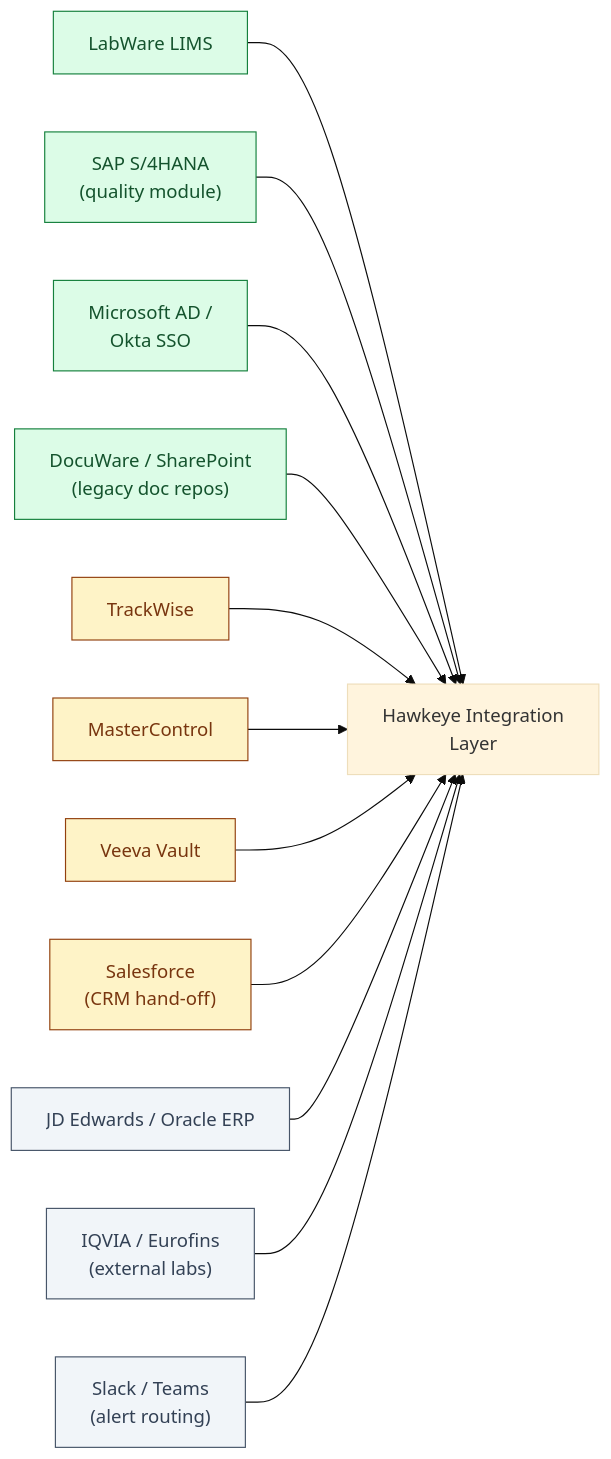
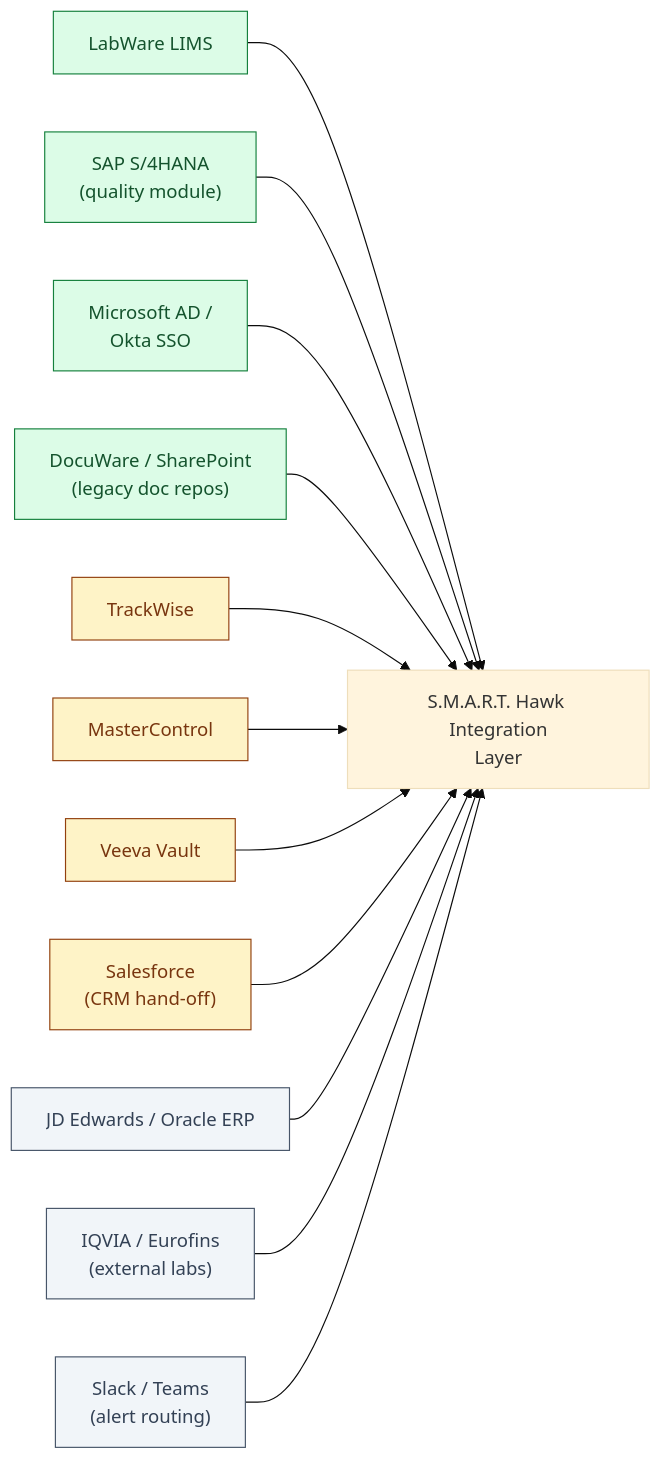
One commit to hawkeyetransact-dotcom/doc_v2 changed the second of 3 diagrams in 01-strategy/partnerships/PARTNERSHIPS.md. Above: the diagram before and after it, drawn with Mermaid (base theme). The commit also changed other lines of this file and 105 other files, not shown here.

First line of the commit message:
Rebrand docs: Hawkeye -> S.M.A.R.T. Hawk; S.M.A.R.T. five-pillar pipeline

````diff
--- a/01-strategy/partnerships/PARTNERSHIPS.md
+++ b/01-strategy/partnerships/PARTNERSHIPS.md
@@ -75,34 +75,34 @@
 ```mermaid
 flowchart LR
     classDef must fill:#dcfce7,stroke:#15803d,color:#14532d
     classDef should fill:#fef3c7,stroke:#92400e,color:#78350f
     classDef later fill:#f1f5f9,stroke:#475569,color:#334155
 
-    H["Hawkeye Integration<br/>Layer"]
+    H["S.M.A.R.T. Hawk Integration<br/>Layer"]
 
     M1["LabWare LIMS"]:::must
     M2["SAP S/4HANA<br/>(quality module)"]:::must
     M3["Microsoft AD /<br/>Okta SSO"]:::must
     M4["DocuWare / SharePoint<br/>(legacy doc repos)"]:::must
 
     S1["TrackWise"]:::should
     S2["MasterControl"]:::should
     S3["Veeva Vault"]:::should
     S4["Salesforce<br/>(CRM hand-off)"]:::should
 
     L1["JD Edwards / Oracle ERP"]:::later
     L2["IQVIA / Eurofins<br/>(external labs)"]:::later
     L3["Slack / Teams<br/>(alert routing)"]:::later
 
     M1 --> H
     M2 --> H
     M3 --> H
     M4 --> H
     S1 --> H
     S2 --> H
     S3 --> H
     S4 --> H
     L1 --> H
     L2 --> H
     L3 --> H
 ```
````
